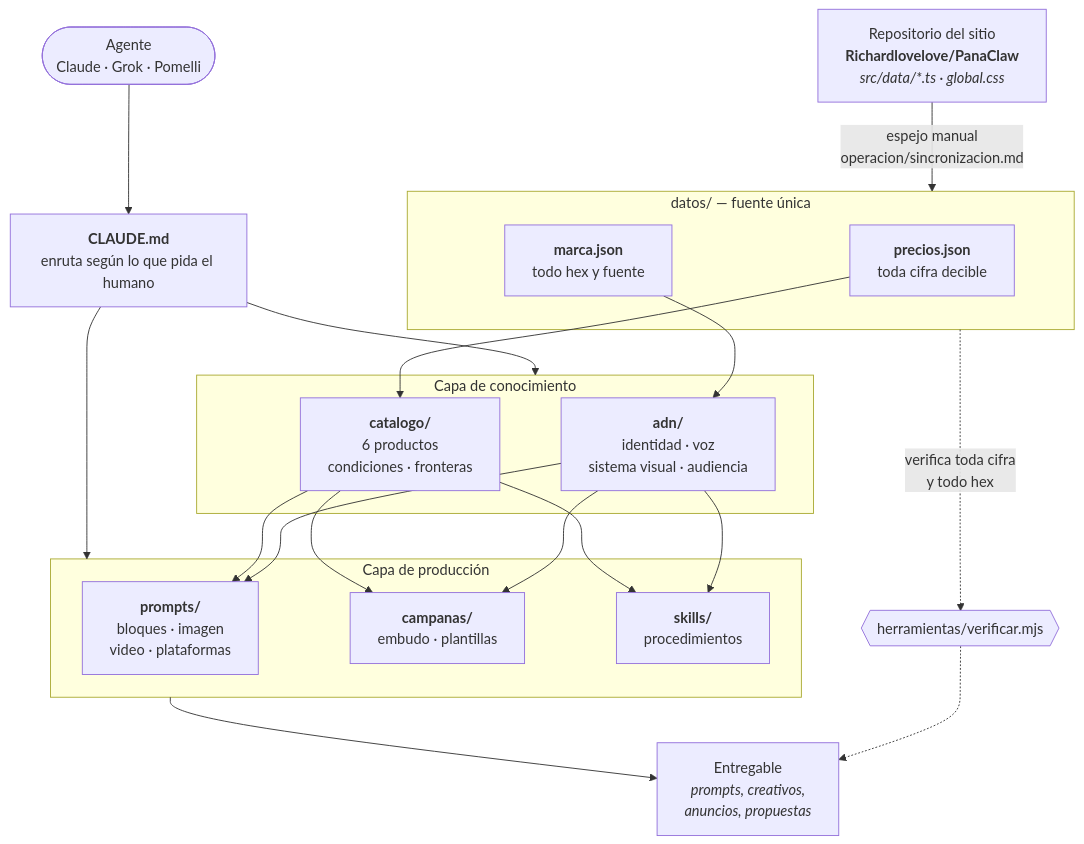
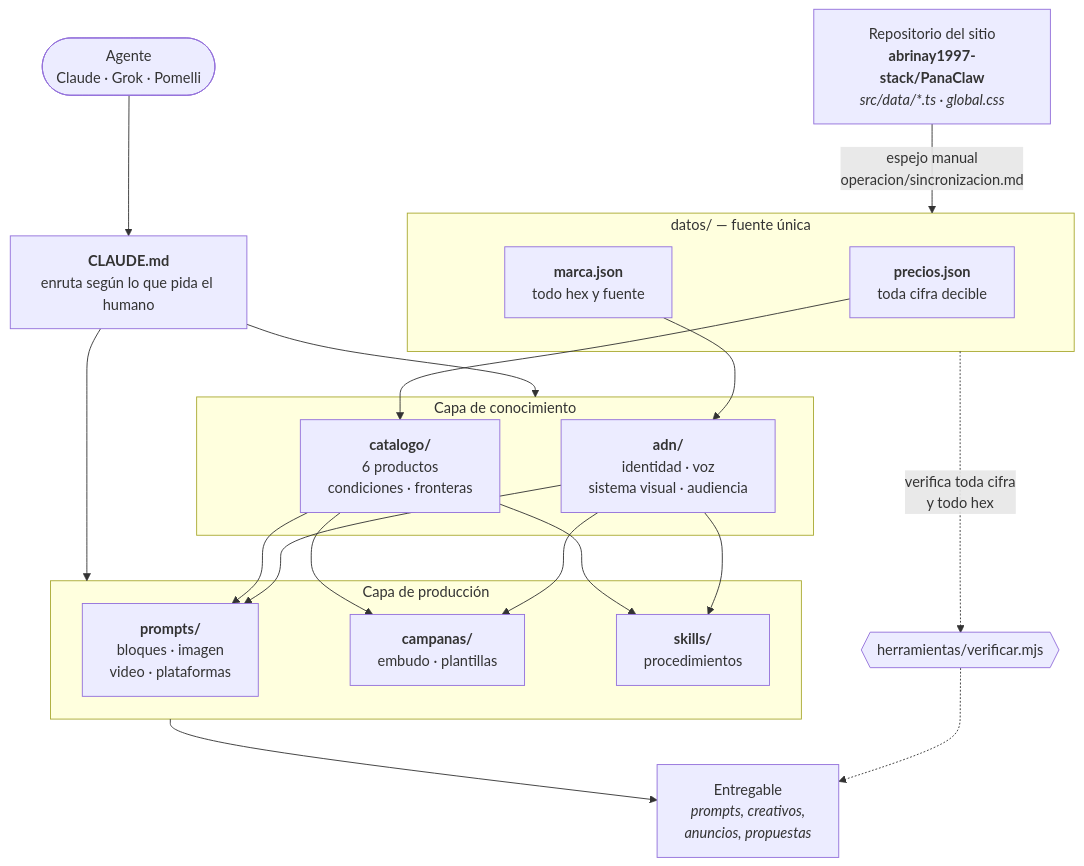
Before and after one commit to Richardlovelove/PanaClaw-WorkSpace: the first of 3 diagrams in README.md, drawn with Mermaid. The commit also changed other lines of this file and 5 other files, not shown here.

First line of the commit message:
Corregir el nombre del repositorio del sitio

````diff
--- a/README.md
+++ b/README.md
@@ -29,36 +29,36 @@
 ```mermaid
 flowchart TD
-    SITIO["Repositorio del sitio<br/><b>Richardlovelove/PanaClaw</b><br/><i>src/data/*.ts · global.css</i>"]
+    SITIO["Repositorio del sitio<br/><b>abrinay1997-stack/PanaClaw</b><br/><i>src/data/*.ts · global.css</i>"]
 
     subgraph FUENTE["datos/ — fuente única"]
         PRECIOS["<b>precios.json</b><br/>toda cifra decible"]
         MARCA["<b>marca.json</b><br/>todo hex y fuente"]
     end
 
     subgraph SABER["Capa de conocimiento"]
         ADN["<b>adn/</b><br/>identidad · voz<br/>sistema visual · audiencia"]
         CAT["<b>catalogo/</b><br/>6 productos<br/>condiciones · fronteras"]
     end
 
     subgraph HACER["Capa de producción"]
         PROMPTS["<b>prompts/</b><br/>bloques · imagen<br/>video · plataformas"]
         CAMP["<b>campanas/</b><br/>embudo · plantillas"]
         SKILLS["<b>skills/</b><br/>procedimientos"]
     end
 
     ORQ["<b>CLAUDE.md</b><br/>enruta según lo que pida el humano"]
     AGENTE(["Agente<br/>Claude · Grok · Pomelli"])
     ENTREGA["Entregable<br/><i>prompts, creativos,<br/>anuncios, propuestas</i>"]
     VERIF{{"herramientas/verificar.mjs"}}
 
     SITIO -->|"espejo manual<br/>operacion/sincronizacion.md"| FUENTE
     PRECIOS --> CAT
     MARCA --> ADN
     ADN --> PROMPTS & CAMP & SKILLS
     CAT --> PROMPTS & CAMP & SKILLS
     AGENTE --> ORQ
     ORQ --> SABER & HACER
     HACER --> ENTREGA
     FUENTE -.->|"verifica toda cifra<br/>y todo hex"| VERIF
     VERIF -.-> ENTREGA
 ```
````
